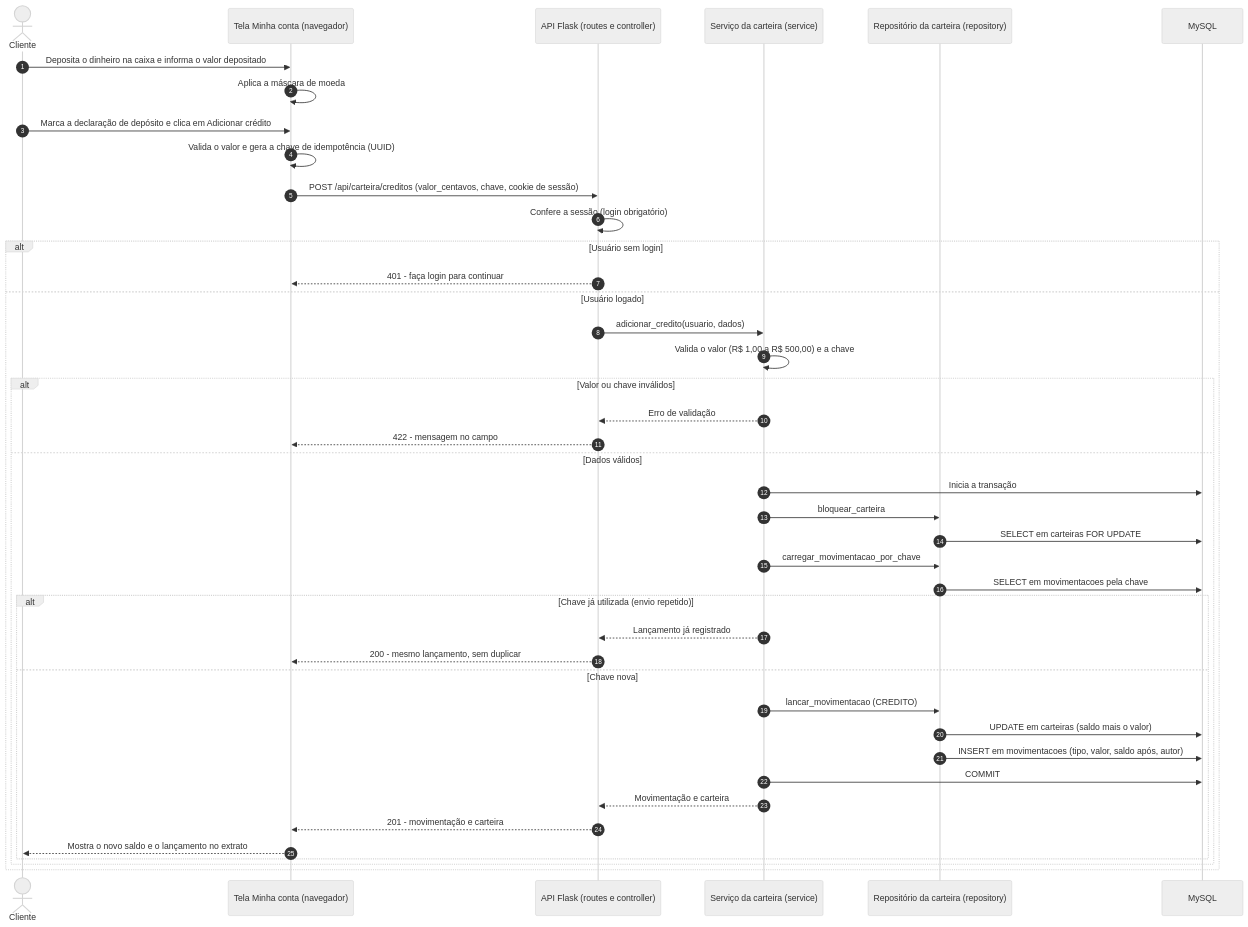
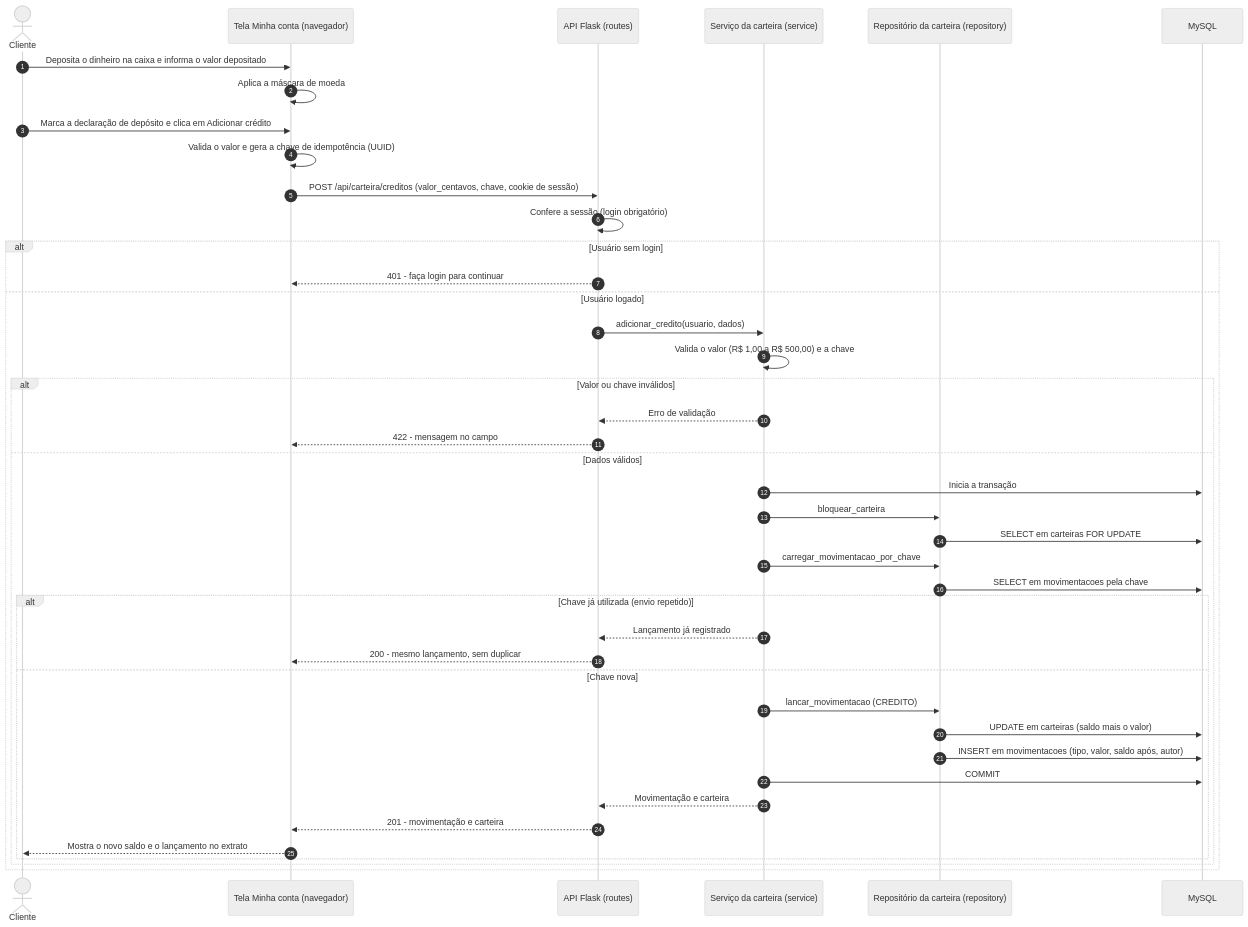
One commit to senai-AEx/cantinaInteligente changed the fourth of 9 diagrams in docs/documento-do-sistema.md. Above: the diagram before and after it, drawn with Mermaid (neutral theme). The commit also changed other lines of this file and 9 other files, not shown here.

````diff
--- a/docs/documento-do-sistema.md
+++ b/docs/documento-do-sistema.md
@@ -513,45 +513,45 @@
 ```mermaid
 sequenceDiagram
     autonumber
     actor C as Cliente
     participant T as Tela Minha conta (navegador)
-    participant A as API Flask (routes e controller)
+    participant A as API Flask (routes)
     participant S as Serviço da carteira (service)
     participant R as Repositório da carteira (repository)
     participant B as MySQL
 
     C->>T: Deposita o dinheiro na caixa e informa o valor depositado
     T->>T: Aplica a máscara de moeda
     C->>T: Marca a declaração de depósito e clica em Adicionar crédito
     T->>T: Valida o valor e gera a chave de idempotência (UUID)
     T->>A: POST /api/carteira/creditos (valor_centavos, chave, cookie de sessão)
     A->>A: Confere a sessão (login obrigatório)
     alt Usuário sem login
         A-->>T: 401 - faça login para continuar
     else Usuário logado
         A->>S: adicionar_credito(usuario, dados)
         S->>S: Valida o valor (R$ 1,00 a R$ 500,00) e a chave
         alt Valor ou chave inválidos
             S-->>A: Erro de validação
             A-->>T: 422 - mensagem no campo
         else Dados válidos
             S->>B: Inicia a transação
             S->>R: bloquear_carteira
             R->>B: SELECT em carteiras FOR UPDATE
             S->>R: carregar_movimentacao_por_chave
             R->>B: SELECT em movimentacoes pela chave
             alt Chave já utilizada (envio repetido)
                 S-->>A: Lançamento já registrado
                 A-->>T: 200 - mesmo lançamento, sem duplicar
             else Chave nova
                 S->>R: lancar_movimentacao (CREDITO)
                 R->>B: UPDATE em carteiras (saldo mais o valor)
                 R->>B: INSERT em movimentacoes (tipo, valor, saldo após, autor)
                 S->>B: COMMIT
                 S-->>A: Movimentação e carteira
                 A-->>T: 201 - movimentação e carteira
                 T-->>C: Mostra o novo saldo e o lançamento no extrato
             end
         end
     end
 ```
````
